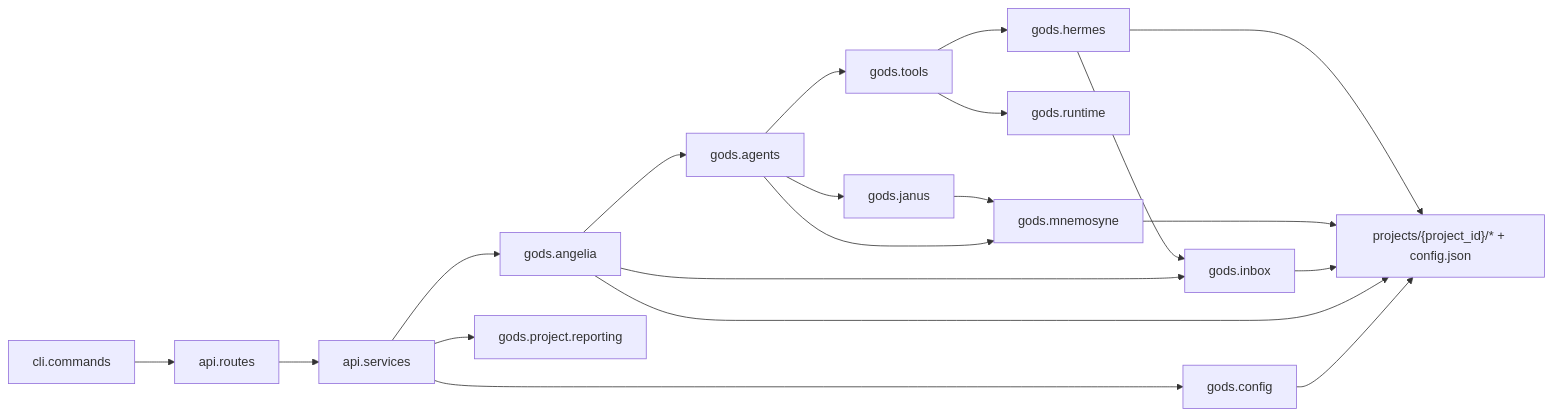
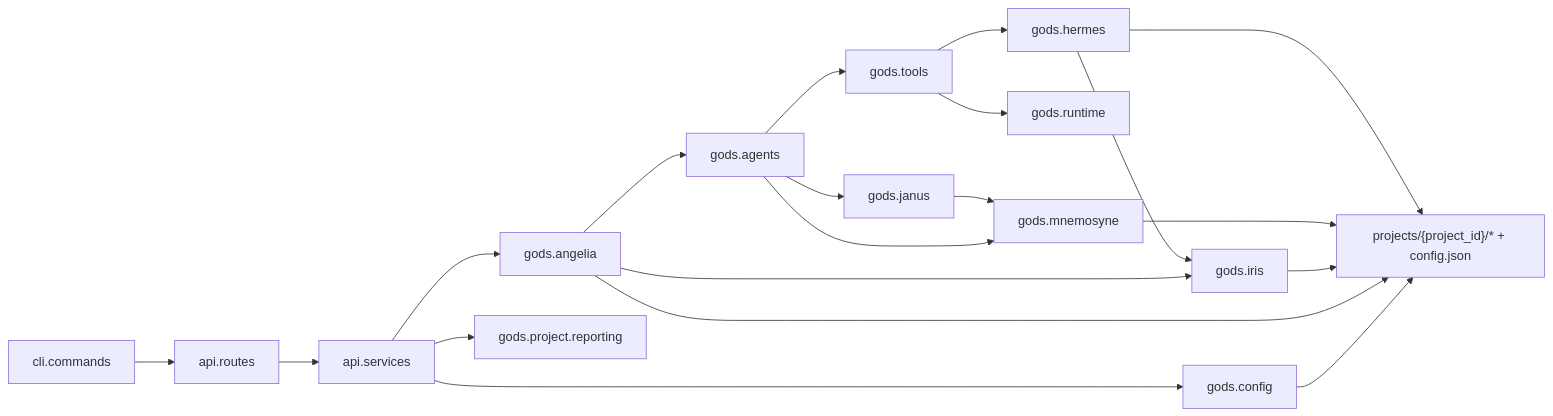
Before and after one commit to Lands54/Pantheon: the second of 11 diagrams in docs/BACKEND_MODULES_RUNTIME_MAP.md, drawn with Mermaid. The commit also changed other lines of this file and 44 other files, not shown here.

Commit message:
refactor: rename inbox to iris and merge pulse into angelia domain

````diff
--- a/docs/BACKEND_MODULES_RUNTIME_MAP.md
+++ b/docs/BACKEND_MODULES_RUNTIME_MAP.md
@@ -72,27 +72,27 @@
 ```mermaid
 flowchart LR
     CLI["cli.commands"] --> ROUTES["api.routes"]
     ROUTES --> SERVICES["api.services"]
     SERVICES --> CFG["gods.config"]
     SERVICES --> ANG["gods.angelia"]
     SERVICES --> REPORT["gods.project.reporting"]
 
     ANG --> AGENT["gods.agents"]
-    ANG --> INBOX["gods.inbox"]
+    ANG --> INBOX["gods.iris"]
 
     AGENT --> JANUS["gods.janus"]
     AGENT --> TOOLS["gods.tools"]
     AGENT --> MNEM["gods.mnemosyne"]
 
     TOOLS --> RUNTIME["gods.runtime"]
     TOOLS --> HERMES["gods.hermes"]
 
     JANUS --> MNEM
     HERMES --> INBOX
 
     CFG --> STORE["projects/{project_id}/* + config.json"]
     ANG --> STORE
     INBOX --> STORE
     MNEM --> STORE
     HERMES --> STORE
 ```
````
